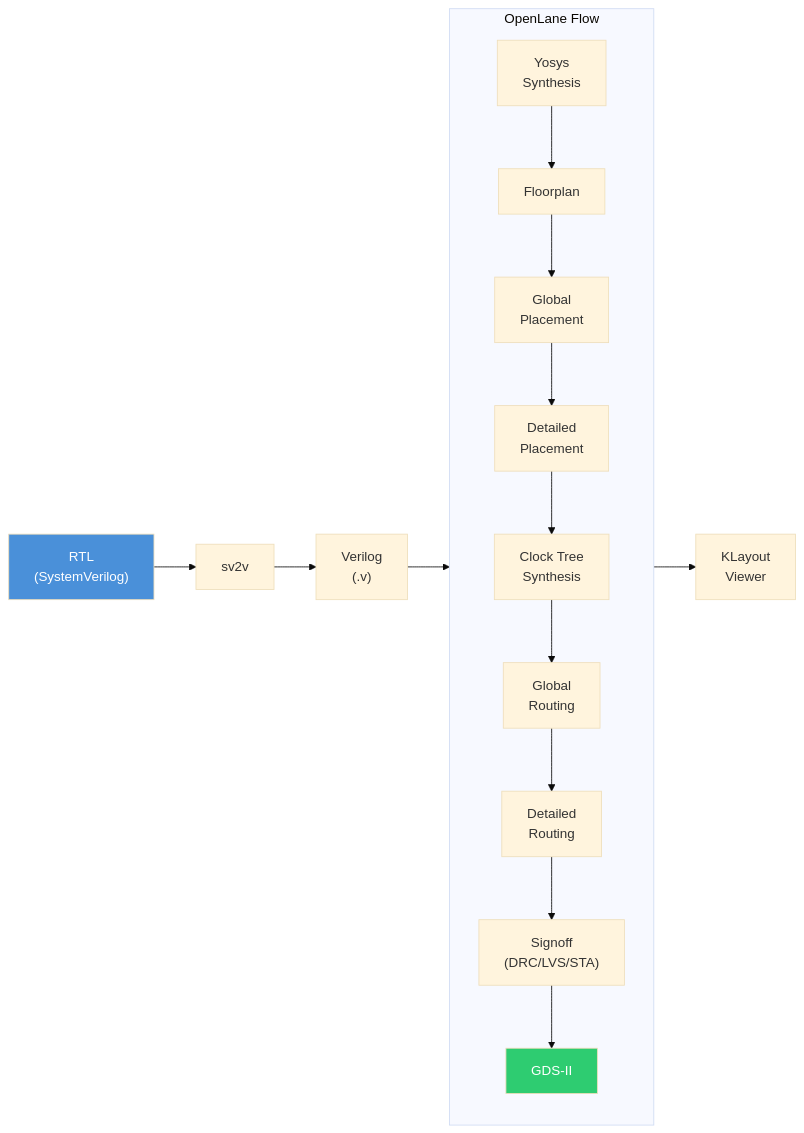
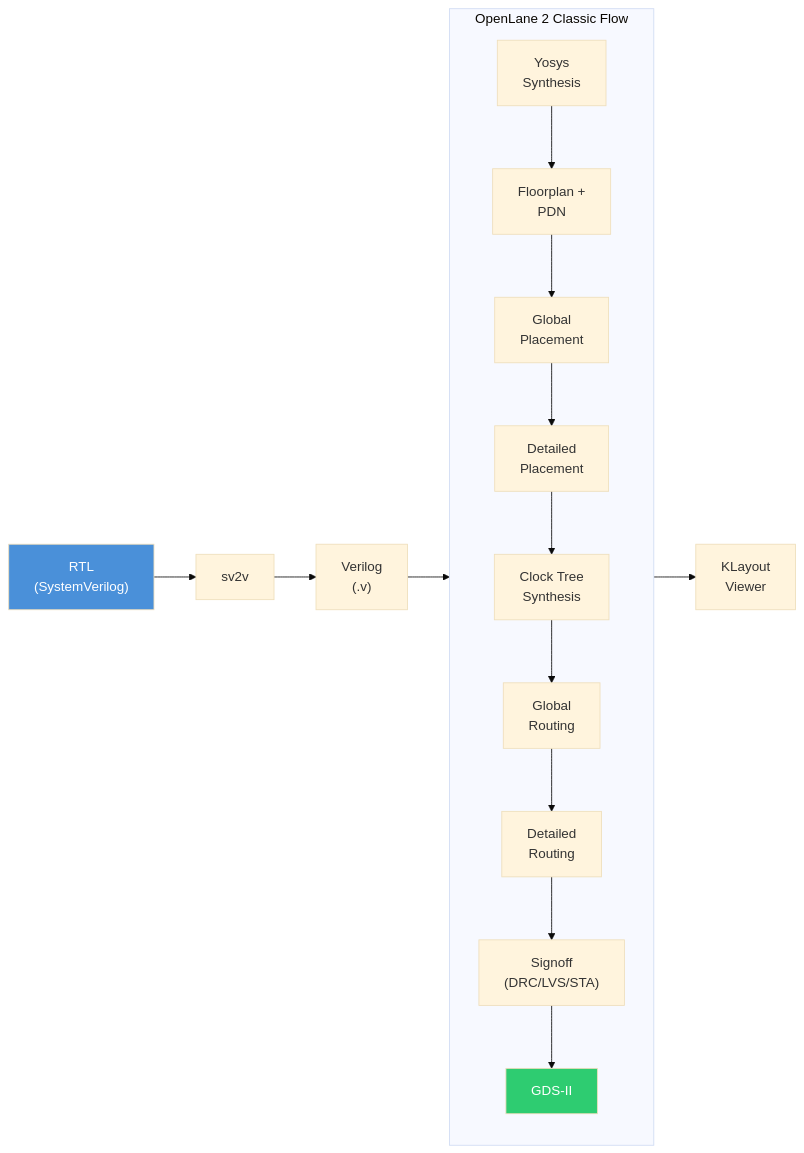
The fourth of 4 diagrams in README.md (Subhankar-hub/Single-Stage-Processor), drawn with Mermaid (base theme) before and after one commit. The commit also changed other lines of this file and 445 other files, not shown here.

First line of the commit message:
Switch to local OpenLane 2 + multi-PDK ASIC flow, remove Vivado targets

````diff
--- a/README.md
+++ b/README.md
@@ -111,23 +92,23 @@
 ```mermaid
 flowchart LR
     SV["RTL<br/>(SystemVerilog)"] --> SV2V["sv2v"]
     SV2V --> V["Verilog<br/>(.v)"]
-    V --> OL["OpenLane (Docker)"]
+    V --> OL["OpenLane 2"]
 
-    subgraph OL["OpenLane Flow"]
+    subgraph OL["OpenLane 2 Classic Flow"]
         direction TB
-        YS["Yosys<br/>Synthesis"] --> FP["Floorplan"]
+        YS["Yosys<br/>Synthesis"] --> FP["Floorplan +<br/>PDN"]
         FP --> GPL["Global<br/>Placement"]
         GPL --> DPL["Detailed<br/>Placement"]
         DPL --> CTS["Clock Tree<br/>Synthesis"]
         CTS --> GRT["Global<br/>Routing"]
         GRT --> DRT["Detailed<br/>Routing"]
         DRT --> SIGN["Signoff<br/>(DRC/LVS/STA)"]
         SIGN --> GDS["GDS-II"]
     end
 
     GDS --> KL["KLayout<br/>Viewer"]
 
     style SV fill:#4a90d9,color:#fff
     style GDS fill:#2ecc71,color:#fff
 ```
````
